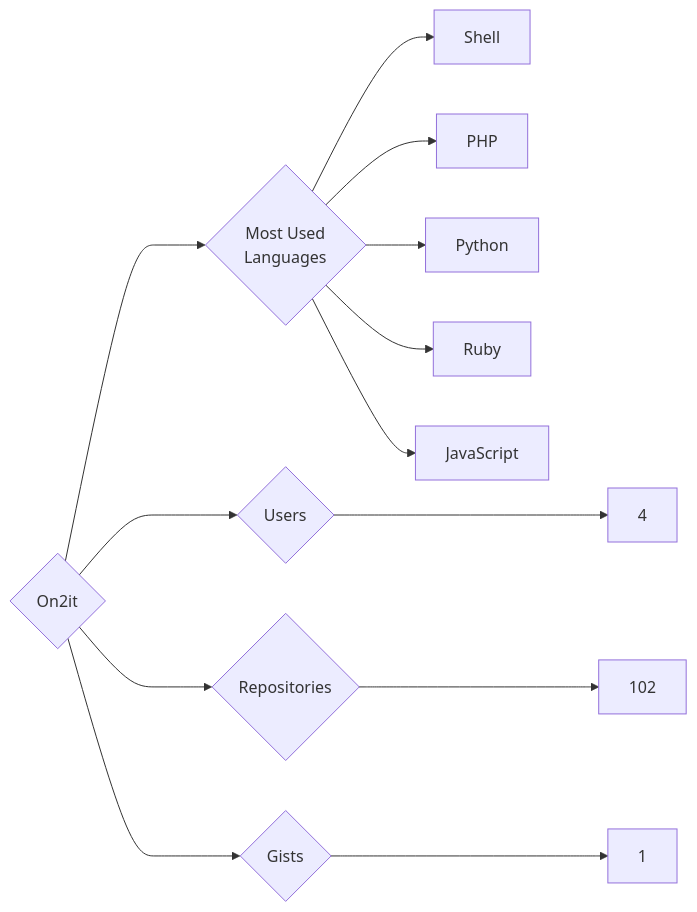
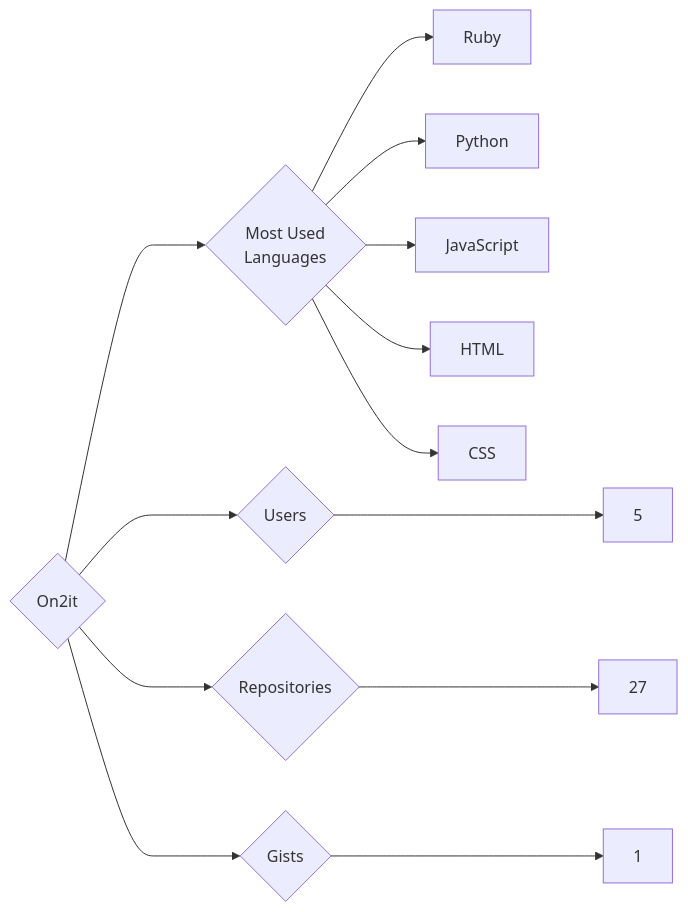
Before and after one commit to trickest/insiders: the diagram in targets/On2it/README.md, drawn with Mermaid. The commit also changed 928 other files, not shown here.

````diff
--- a/targets/On2it/README.md
+++ b/targets/On2it/README.md
@@ -3,13 +3,13 @@
 ```mermaid
 graph LR
 COMPANY_NAME{On2it}
-COMPANY_NAME ---> U{Users} ---> UN[4]
-COMPANY_NAME ---> R{Repositories} ---> RN[102]
+COMPANY_NAME ---> U{Users} ---> UN[5]
+COMPANY_NAME ---> R{Repositories} ---> RN[27]
 COMPANY_NAME ---> G{Gists} ---> GN[1]
 COMPANY_NAME ---> ML{Most Used<br>Languages}
-ML --> Shell[Shell]
-ML --> PHP[PHP]
+ML --> Ruby[Ruby]
 ML --> Python[Python]
-ML --> Ruby[Ruby]
 ML --> JavaScript[JavaScript]
+ML --> HTML[HTML]
+ML --> CSS[CSS]
 ```
````
